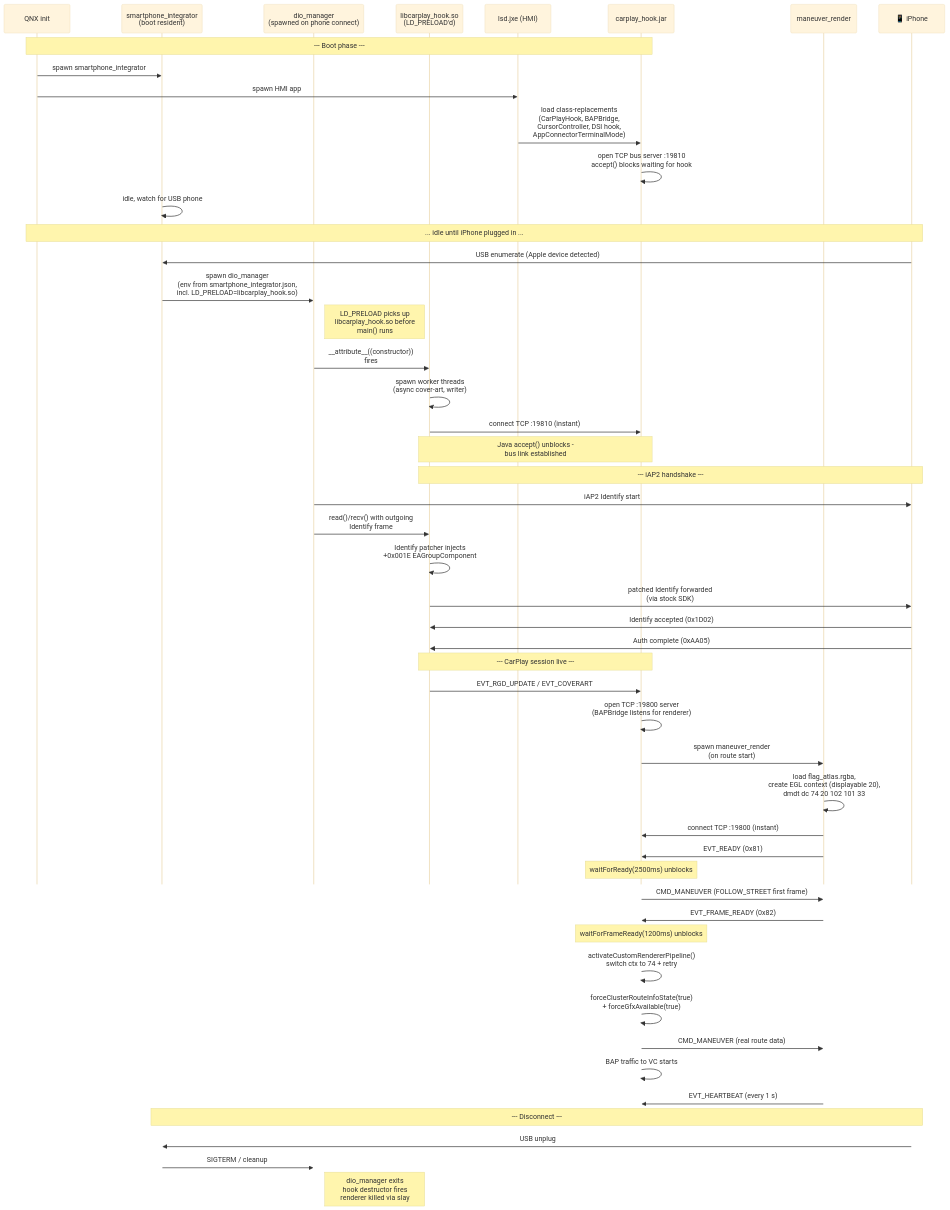
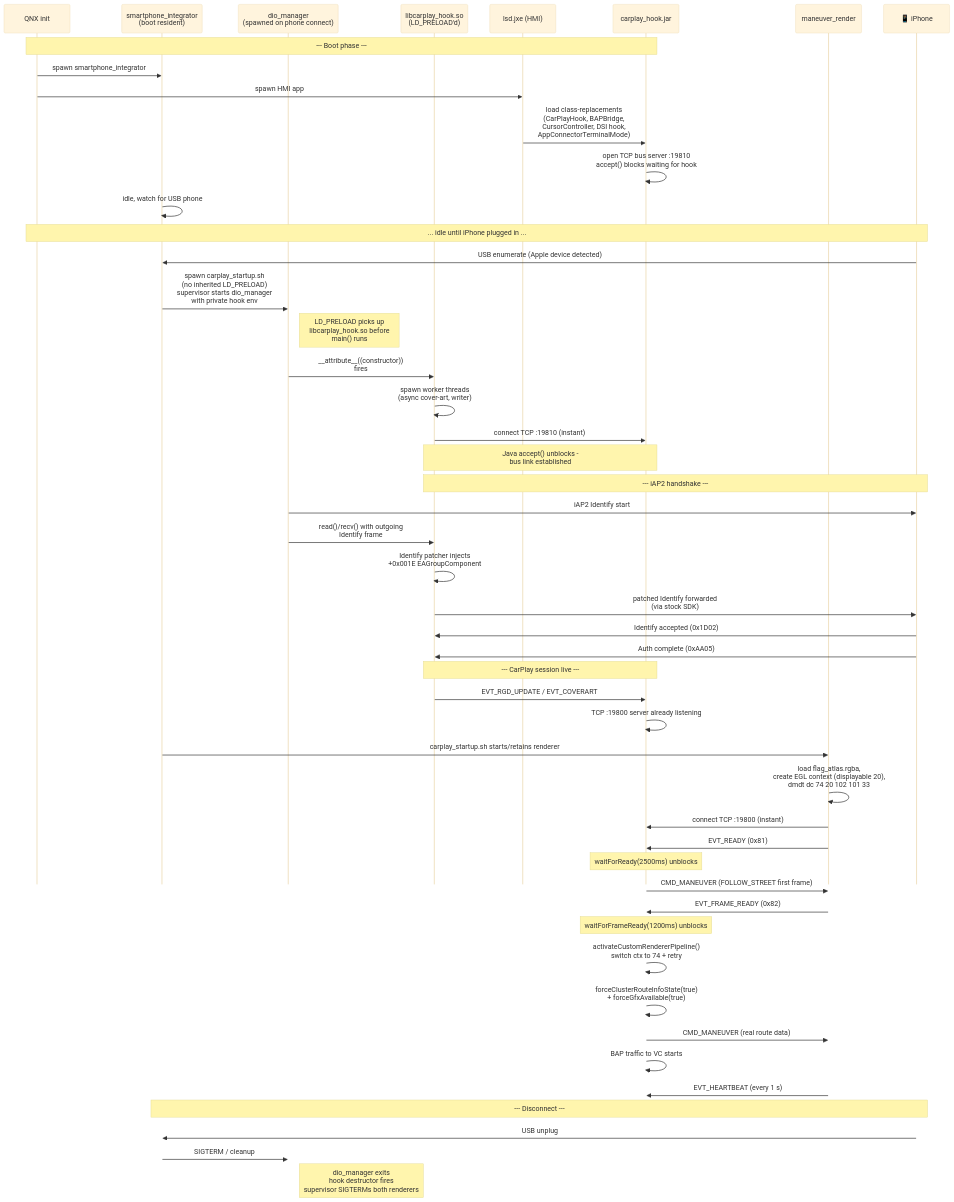
One commit to luka-dev/mib2q-carplay-rgi changed the eighth of 9 diagrams in README.md. Above: the diagram before and after it, drawn with Mermaid (base theme). The commit also changed other lines of this file and 93 other files, not shown here.

First line of the commit message:
chore: sync working tree — altscreen_render, hook, renderers, docs, drop tab tree

````diff
--- a/README.md
+++ b/README.md
@@ -768,60 +767,60 @@
 ```mermaid
 %%{init: {'sequence': {'mirrorActors': false}}}%%
 sequenceDiagram
     participant qnx as QNX init
     participant si as smartphone_integrator<br/>(boot resident)
     participant dio as dio_manager<br/>(spawned on phone connect)
     participant hook as libcarplay_hook.so<br/>(LD_PRELOAD'd)
     participant lsd as lsd.jxe (HMI)
     participant jar as carplay_hook.jar
     participant rend as maneuver_render
     participant ios as 📱 iPhone
 
     Note over qnx,jar: --- Boot phase ---
     qnx->>si: spawn smartphone_integrator
     qnx->>lsd: spawn HMI app
     lsd->>jar: load class-replacements<br/>(CarPlayHook, BAPBridge,<br/>CursorController, DSI hook,<br/>AppConnectorTerminalMode)
     jar->>jar: open TCP bus server :19810<br/>accept() blocks waiting for hook
     si->>si: idle, watch for USB phone
 
     Note over qnx,ios: ... idle until iPhone plugged in ...
 
     ios->>si: USB enumerate (Apple device detected)
-    si->>dio: spawn dio_manager<br/>(env from smartphone_integrator.json,<br/>incl. LD_PRELOAD=libcarplay_hook.so)
+    si->>dio: spawn carplay_startup.sh<br/>(no inherited LD_PRELOAD)<br/>supervisor starts dio_manager<br/>with private hook env
     Note right of dio: LD_PRELOAD picks up<br/>libcarplay_hook.so before<br/>main() runs
     dio->>hook: __attribute__((constructor))<br/>fires
     hook->>hook: spawn worker threads<br/>(async cover-art, writer)
     hook->>jar: connect TCP :19810 (instant)
     Note over hook,jar: Java accept() unblocks -<br/>bus link established
 
     Note over hook,ios: --- iAP2 handshake ---
     dio->>ios: iAP2 Identify start
     dio->>hook: read()/recv() with outgoing<br/>Identify frame
     hook->>hook: Identify patcher injects<br/>+0x001E EAGroupComponent
     hook->>ios: patched Identify forwarded<br/>(via stock SDK)
     ios->>hook: Identify accepted (0x1D02)
     ios->>hook: Auth complete (0xAA05)
 
     Note over hook,jar: --- CarPlay session live ---
 
     hook->>jar: EVT_RGD_UPDATE / EVT_COVERART
-    jar->>jar: open TCP :19800 server<br/>(BAPBridge listens for renderer)
-    jar->>rend: spawn maneuver_render<br/>(on route start)
+    jar->>jar: TCP :19800 server already listening
+    si->>rend: carplay_startup.sh starts/retains renderer
     rend->>rend: load flag_atlas.rgba,<br/>create EGL context (displayable 20),<br/>dmdt dc 74 20 102 101 33
     rend->>jar: connect TCP :19800 (instant)
     rend->>jar: EVT_READY (0x81)
     Note over jar: waitForReady(2500ms) unblocks
     jar->>rend: CMD_MANEUVER (FOLLOW_STREET first frame)
     rend->>jar: EVT_FRAME_READY (0x82)
     Note over jar: waitForFrameReady(1200ms) unblocks
     jar->>jar: activateCustomRendererPipeline()<br/>switch ctx to 74 + retry
     jar->>jar: forceClusterRouteInfoState(true)<br/>+ forceGfxAvailable(true)
     jar->>rend: CMD_MANEUVER (real route data)
     jar->>jar: BAP traffic to VC starts
     rend->>jar: EVT_HEARTBEAT (every 1 s)
 
     Note over si,ios: --- Disconnect ---
     ios->>si: USB unplug
     si->>dio: SIGTERM / cleanup
-    Note right of dio: dio_manager exits<br/>hook destructor fires<br/>renderer killed via slay
+    Note right of dio: dio_manager exits<br/>hook destructor fires<br/>supervisor SIGTERMs both renderers
 ```
````
